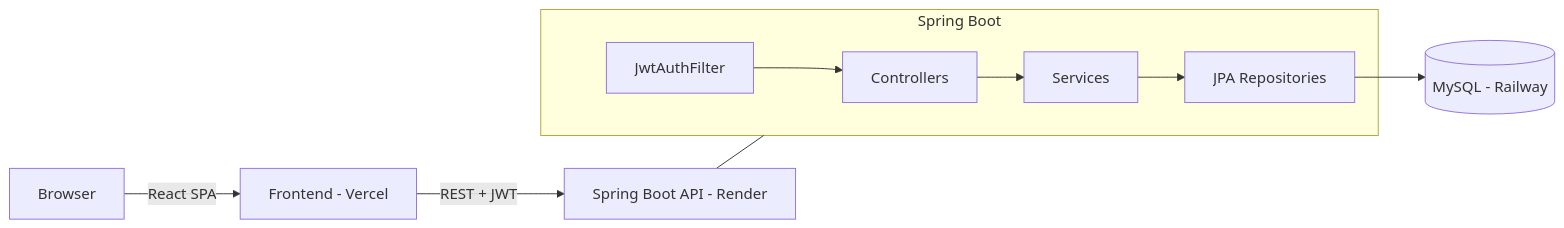
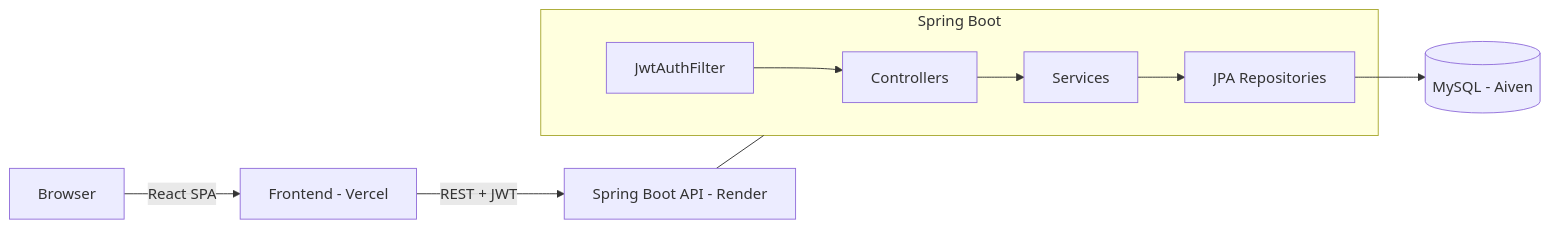
Before and after one commit to CHSATHVIKA/chefhub: the diagram in README.md, drawn with Mermaid. The commit also changed other lines of this file and 2 other files, not shown here.

Commit message:
Add live links and switch deploy docs to Aiven

````diff
--- a/README.md
+++ b/README.md
@@ -28,12 +33,12 @@
 ```mermaid
 flowchart LR
     U[Browser] -->|React SPA| FE[Frontend - Vercel]
     FE -->|REST + JWT| API[Spring Boot API - Render]
     subgraph API_Layers[Spring Boot]
         C[Controllers] --> S[Services]
         S --> R[JPA Repositories]
         F[JwtAuthFilter] --> C
     end
     API --- API_Layers
-    R --> DB[(MySQL - Railway)]
+    R --> DB[(MySQL - Aiven)]
 ```
````
